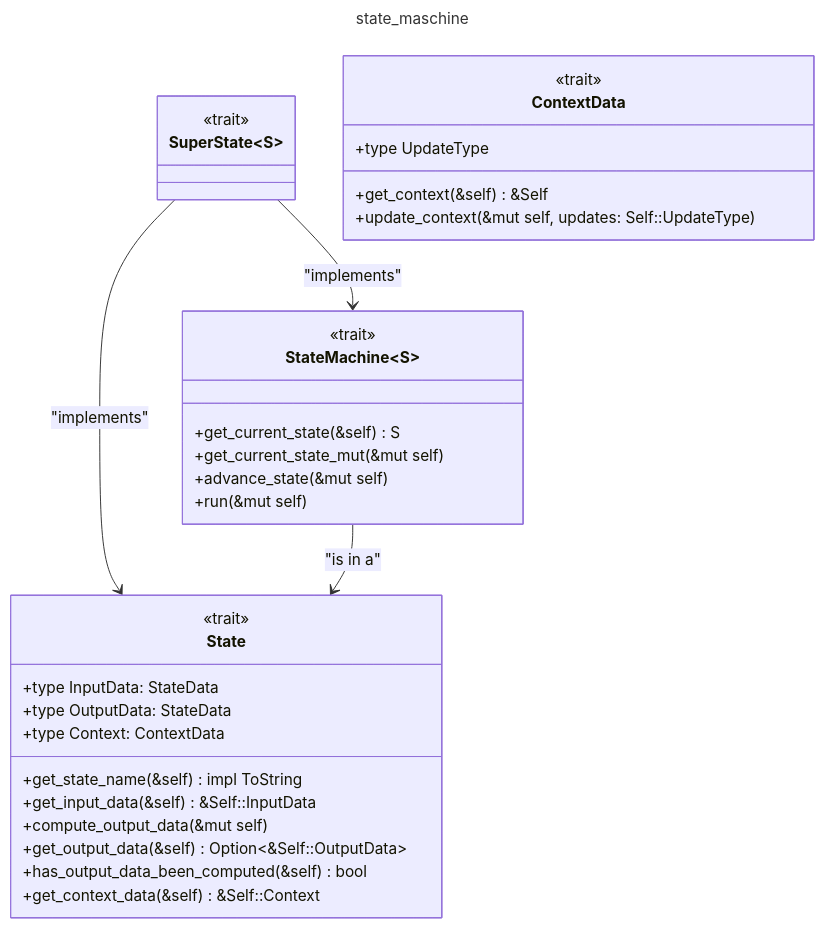
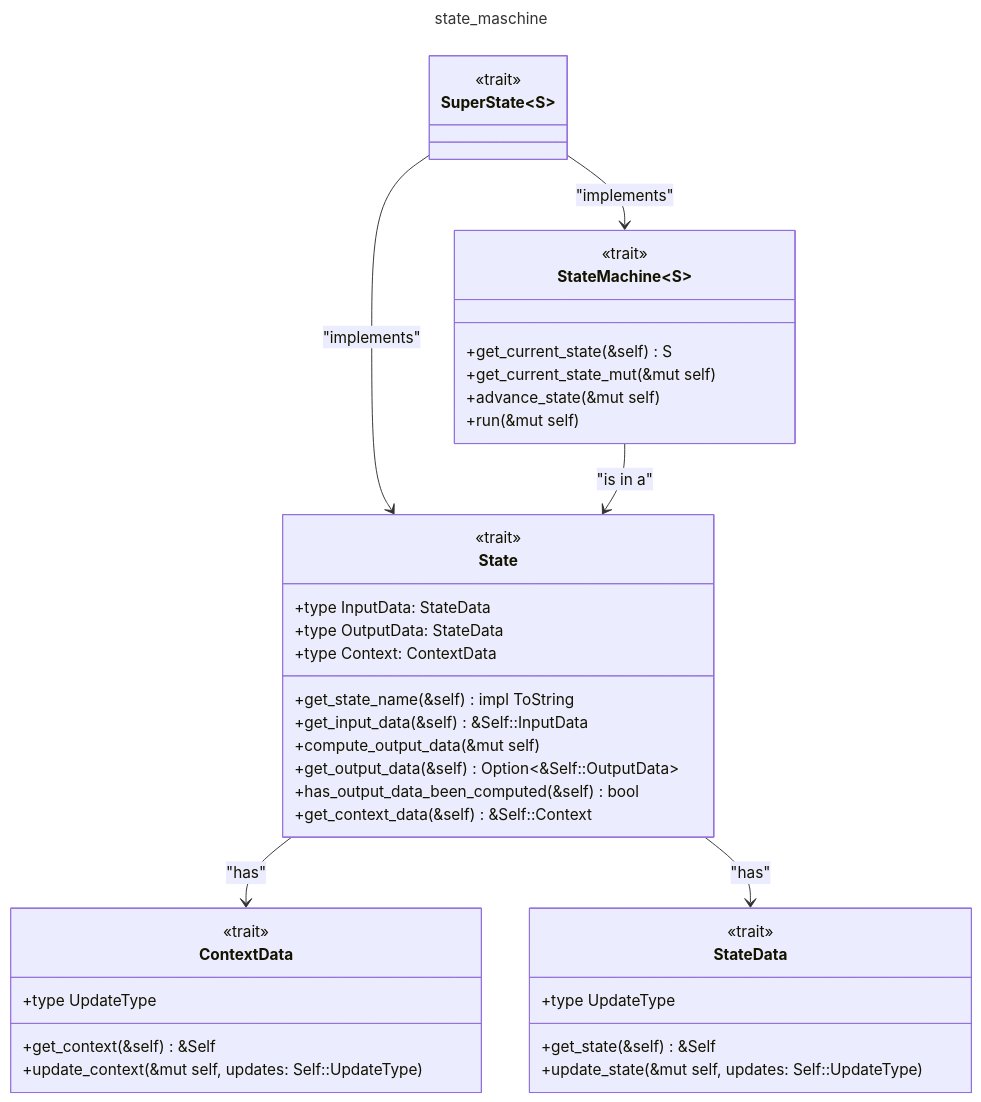
Before and after one commit to ironcapitaleu/arkad: the diagram in state_machine/design/uml_class_diagram/state_machine_framework_design.md, drawn with Mermaid.

Commit message:
design: add `StateData` trait and relationships to class diagram

````diff
--- a/state_machine/design/uml_class_diagram/state_machine_framework_design.md
+++ b/state_machine/design/uml_class_diagram/state_machine_framework_design.md
@@ -1,60 +1,76 @@
 ```mermaid
 ---
 title: state_maschine
 ---
 classDiagram
     class StateMachine~S~{
         <<trait>>
         %% This is a trait that represents a `StateMachine`.
 
         %% These are the trait methods that must be implemented by any `StateMachine`.
         +get_current_state(&self) S
         +get_current_state_mut(&mut self)
         +advance_state(&mut self)
         +run(&mut self)
     }
 
     class State {
         <<trait>>
         %% This is a trait that represents a `State` in the `StateMachine`.
 
         %% These are the associated types that represent the data associated with a `State`inside a `StateMachine' represents the data associated with a `State`.
         +type InputData: StateData
         +type OutputData: StateData
         +type Context: ContextData
 
         %% These are the trait methods that must be implemented by any `State` in the `StateMachine`.
         +get_state_name(&self) impl ToString
         +get_input_data(&self) &Self::InputData
         +compute_output_data(&mut self)
         +get_output_data(&self) Option<&Self::OutputData>
         +has_output_data_been_computed(&self) bool
         +get_context_data(&self) &Self::Context
     }
 
 
     class SuperState~S~ {
         <<trait>>
         %% This is a trait that represents a `SuperState` in a hierarchical state machine.
         %% A `SuperState` must implement both `State` and `StateMachine<S>` traits.
 
         %% Associated types and methods are inherited from `State` and `StateMachine<S>`.
     }
 
     class ContextData {
         <<trait>>
-        %% This is a trait that defines the behavior and characteristics of context data in a state machine.
+        %% This is a trait that defines the behavior and characteristics of context data that is available to a `State` in a `StateMachine`.
 
         %% Associated type for updates to the context data.
         +type UpdateType
 
-        %% Methods defined by the ContextData trait.
+        %% Methods defined by the `ContextData` trait.
         +get_context(&self) &Self
         +update_context(&mut self, updates: Self::UpdateType)
     }    
 
+    class StateData {
+        <<trait>>
+        %% This is a trait that defines the behavior and characteristics of internal state data of a `State` in a `StateMachine`.
+
+        %% Associated type for updates to the internal state data.
+        +type UpdateType
+
+        %% Methods defined by the `StateData` trait.
+        +get_state(&self) &Self
+        +update_state(&mut self, updates: Self::UpdateType)
+    }
+
     %% Relationships
     SuperState --> StateMachine : "implements"
     SuperState --> State : "implements"
+    
     StateMachine --> State : "is in a"
+
+    State --> ContextData : "has"
+    State --> StateData : "has"
 ```
````
